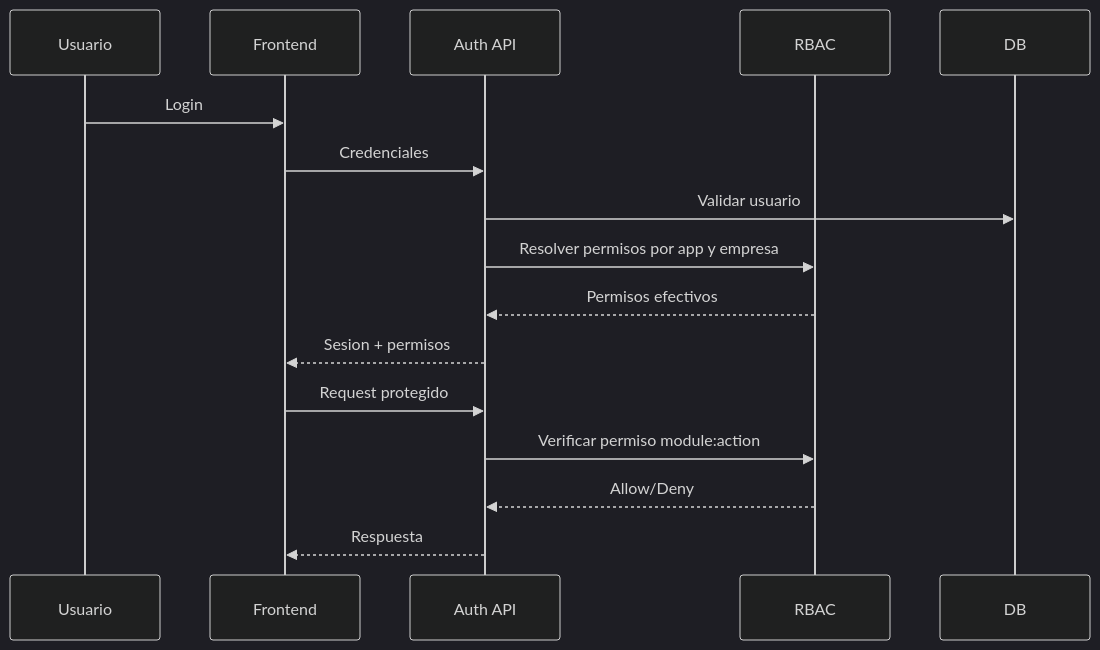
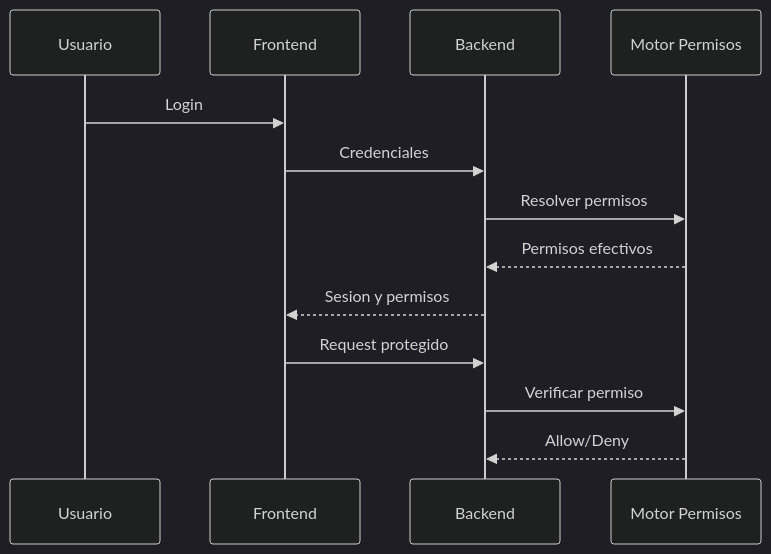
One commit to Robertoart13/NewKipital changed the diagram in docs/05-seguridad-identidad-permisos/SEGURIDAD-IDENTIDAD-PERMISOS-CONSOLIDADO.md. Above: the diagram before and after it, drawn with Mermaid (dark theme). The commit also changed other lines of this file and 119 other files, not shown here.

````diff
--- a/docs/05-seguridad-identidad-permisos/SEGURIDAD-IDENTIDAD-PERMISOS-CONSOLIDADO.md
+++ b/docs/05-seguridad-identidad-permisos/SEGURIDAD-IDENTIDAD-PERMISOS-CONSOLIDADO.md
@@ -8,19 +13,16 @@
 ```mermaid
 sequenceDiagram
   participant U as Usuario
   participant FE as Frontend
-  participant API as Auth API
-  participant RB as RBAC
-  participant DB as DB
+  participant API as Backend
+  participant RB as Motor Permisos
 
   U->>FE: Login
   FE->>API: Credenciales
-  API->>DB: Validar usuario
-  API->>RB: Resolver permisos por app y empresa
+  API->>RB: Resolver permisos
   RB-->>API: Permisos efectivos
-  API-->>FE: Sesion + permisos
+  API-->>FE: Sesion y permisos
   FE->>API: Request protegido
-  API->>RB: Verificar permiso module:action
+  API->>RB: Verificar permiso
   RB-->>API: Allow/Deny
-  API-->>FE: Respuesta
 ```
````
